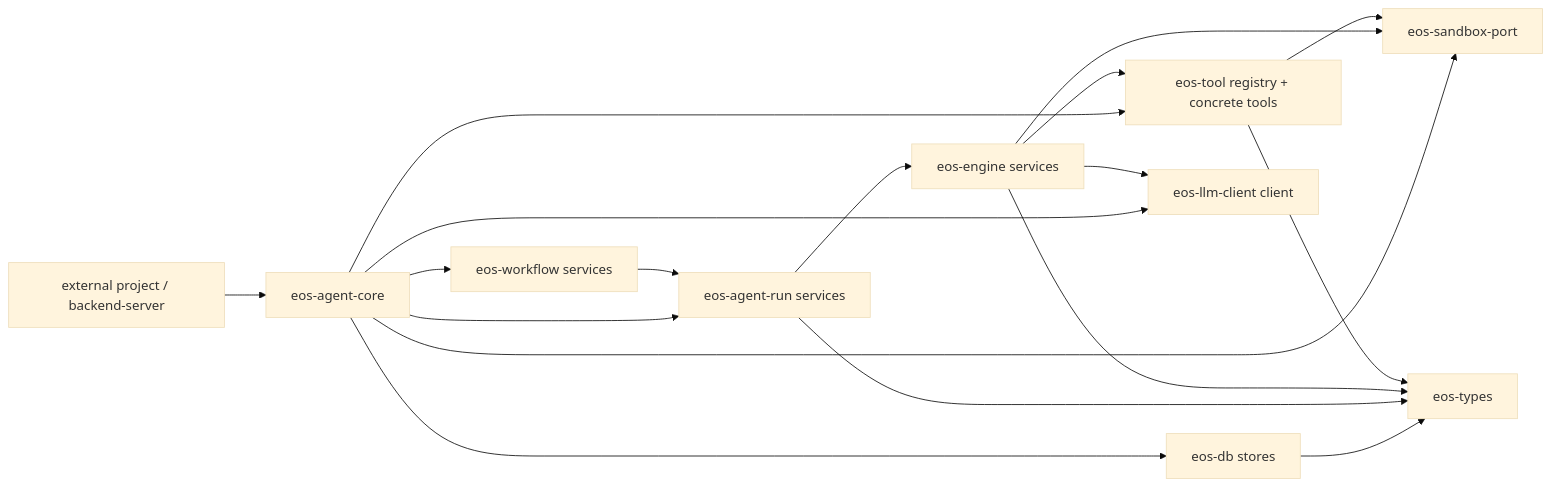
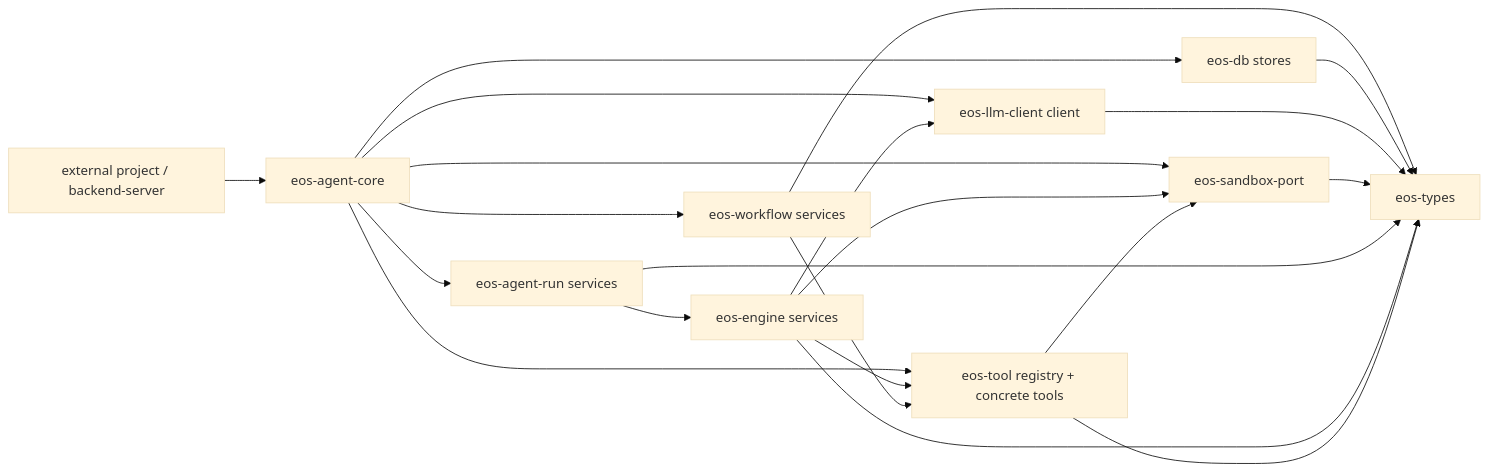
One commit to Ephemeral-AI-Lab/ephemeral-os changed the diagram in docs/plans/agent-core-workspace-architecture-rules/index.md. Above: the diagram before and after it, drawn with Mermaid (base theme). The commit also changed other lines of this file and 228 other files, not shown here.

````diff
--- a/docs/plans/agent-core-workspace-architecture-rules/index.md
+++ b/docs/plans/agent-core-workspace-architecture-rules/index.md
@@ -152,20 +152,23 @@
 ```mermaid
 flowchart LR
     External["external project / backend-server"] --> AgentCore["eos-agent-core"]
     AgentCore --> AgentRun["eos-agent-run services"]
     AgentCore --> Workflow["eos-workflow services"]
     AgentCore --> Tool["eos-tool registry + concrete tools"]
     AgentCore --> Db["eos-db stores"]
     AgentCore --> Llm["eos-llm-client client"]
     AgentCore --> Sandbox["eos-sandbox-port"]
     AgentRun --> Engine["eos-engine services"]
     Engine --> Tool
     Engine --> Llm
     Engine --> Sandbox
     Tool --> Sandbox
-    Workflow --> AgentRun
+    Workflow --> Tool
+    Workflow --> Types
     Db --> Types["eos-types"]
+    Llm --> Types
+    Sandbox --> Types
     AgentRun --> Types
     Engine --> Types
     Tool --> Types
 ```
````
